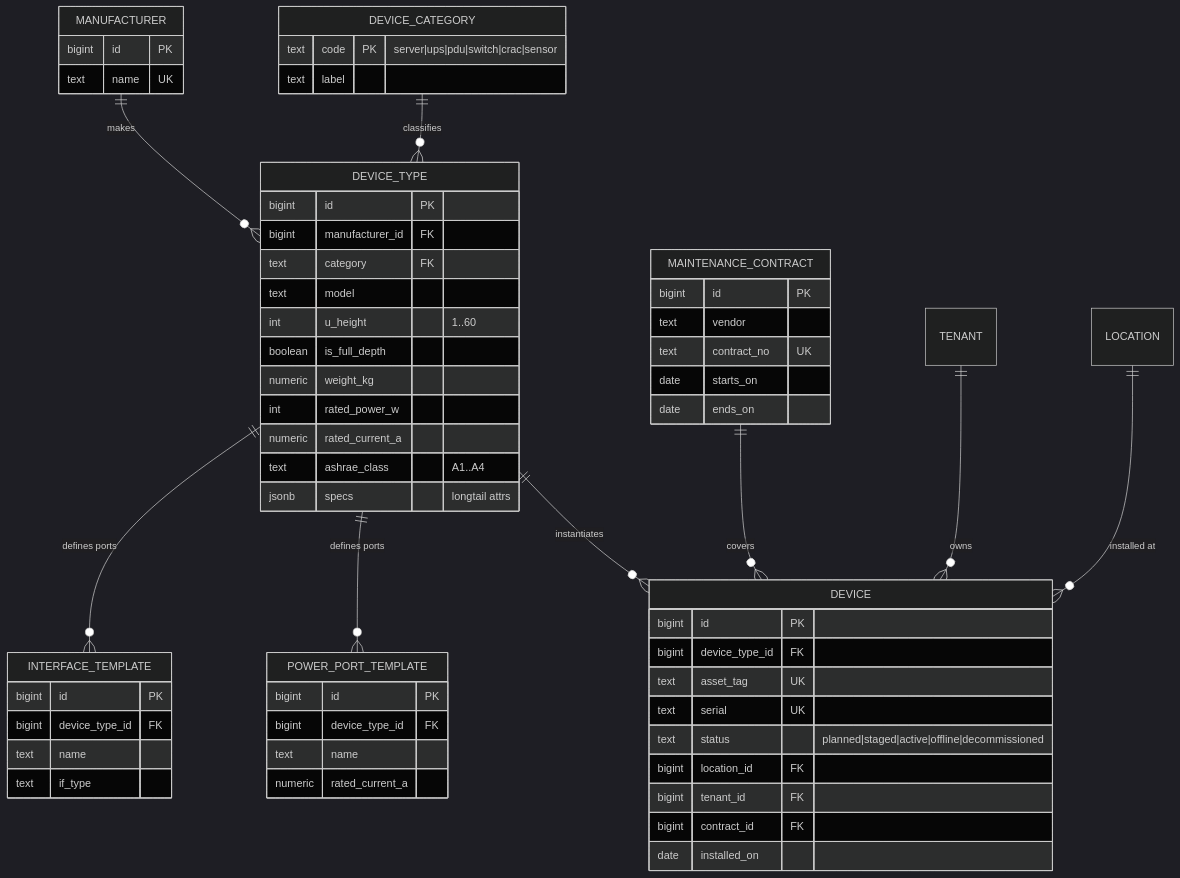
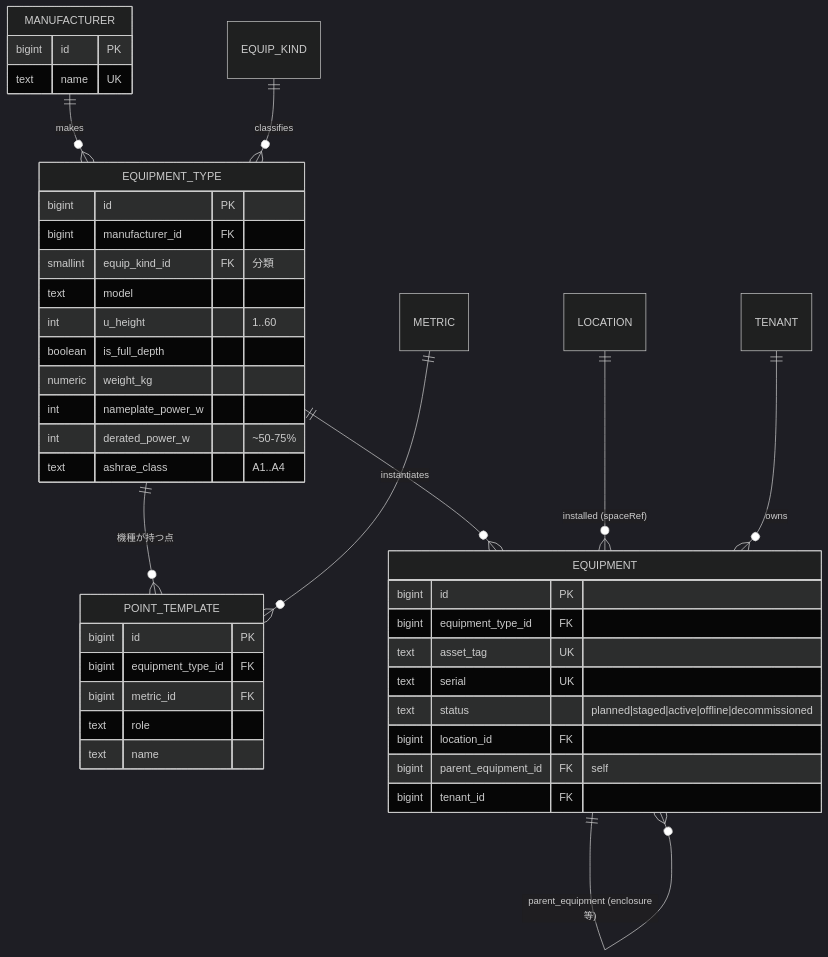
Before and after one commit to hn-11/dcim-schema-design: the third of 8 diagrams in 05-er-diagram.md, drawn with Mermaid (dark theme). The commit also changed other lines of this file and 12 other files, not shown here.

First line of the commit message:
Update README.md to refine schema design documentation and clarify project goals

````diff
--- a/05-er-diagram.md
+++ b/05-er-diagram.md
@@ -94,63 +113,45 @@
 ```mermaid
 erDiagram
-    MANUFACTURER ||--o{ DEVICE_TYPE : makes
-    DEVICE_CATEGORY ||--o{ DEVICE_TYPE : classifies
-    DEVICE_TYPE ||--o{ INTERFACE_TEMPLATE : "defines ports"
-    DEVICE_TYPE ||--o{ POWER_PORT_TEMPLATE : "defines ports"
-    DEVICE_TYPE ||--o{ DEVICE : instantiates
-    MAINTENANCE_CONTRACT ||--o{ DEVICE : covers
-    TENANT ||--o{ DEVICE : owns
-    LOCATION ||--o{ DEVICE : "installed at"
+    MANUFACTURER ||--o{ EQUIPMENT_TYPE : makes
+    EQUIP_KIND ||--o{ EQUIPMENT_TYPE : classifies
+    EQUIPMENT_TYPE ||--o{ POINT_TEMPLATE : "機種が持つ点"
+    EQUIPMENT_TYPE ||--o{ EQUIPMENT : instantiates
+    METRIC ||--o{ POINT_TEMPLATE : ""
+    LOCATION ||--o{ EQUIPMENT : "installed (spaceRef)"
+    EQUIPMENT ||--o{ EQUIPMENT : "parent_equipment (enclosure等)"
+    TENANT ||--o{ EQUIPMENT : owns
 
     MANUFACTURER {
         bigint id PK
         text name UK
     }
-    DEVICE_CATEGORY {
-        text code PK "server|ups|pdu|switch|crac|sensor"
-        text label
-    }
-    DEVICE_TYPE {
+    EQUIPMENT_TYPE {
         bigint id PK
         bigint manufacturer_id FK
-        text category FK
+        smallint equip_kind_id FK "分類"
         text model
         int u_height "1..60"
         boolean is_full_depth
         numeric weight_kg
-        int rated_power_w
-        numeric rated_current_a
+        int nameplate_power_w
+        int derated_power_w "~50-75%"
         text ashrae_class "A1..A4"
-        jsonb specs "longtail attrs"
     }
-    INTERFACE_TEMPLATE {
+    POINT_TEMPLATE {
         bigint id PK
-        bigint device_type_id FK
+        bigint equipment_type_id FK
+        bigint metric_id FK
+        text role
         text name
-        text if_type
     }
-    POWER_PORT_TEMPLATE {
+    EQUIPMENT {
         bigint id PK
-        bigint device_type_id FK
-        text name
-        numeric rated_current_a
-    }
-    MAINTENANCE_CONTRACT {
-        bigint id PK
-        text vendor
-        text contract_no UK
-        date starts_on
-        date ends_on
-    }
-    DEVICE {
-        bigint id PK
-        bigint device_type_id FK
+        bigint equipment_type_id FK
         text asset_tag UK
         text serial UK
         text status "planned|staged|active|offline|decommissioned"
         bigint location_id FK
+        bigint parent_equipment_id FK "self"
         bigint tenant_id FK
-        bigint contract_id FK
-        date installed_on
     }
 ```
````
